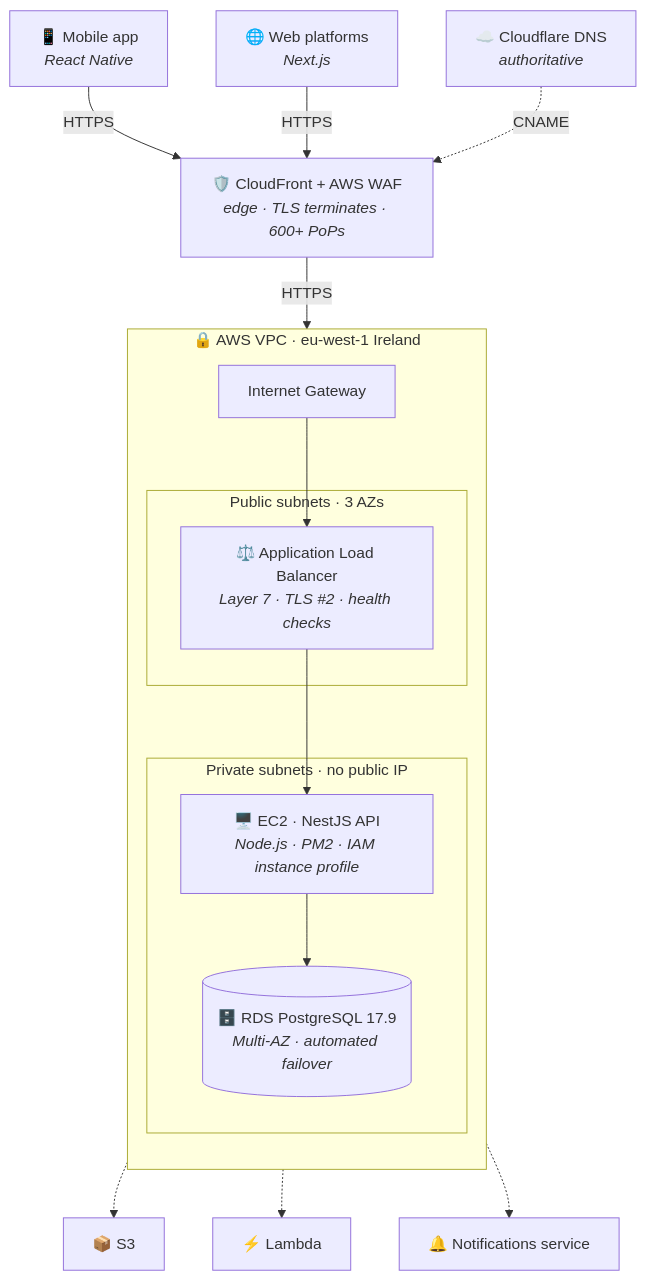
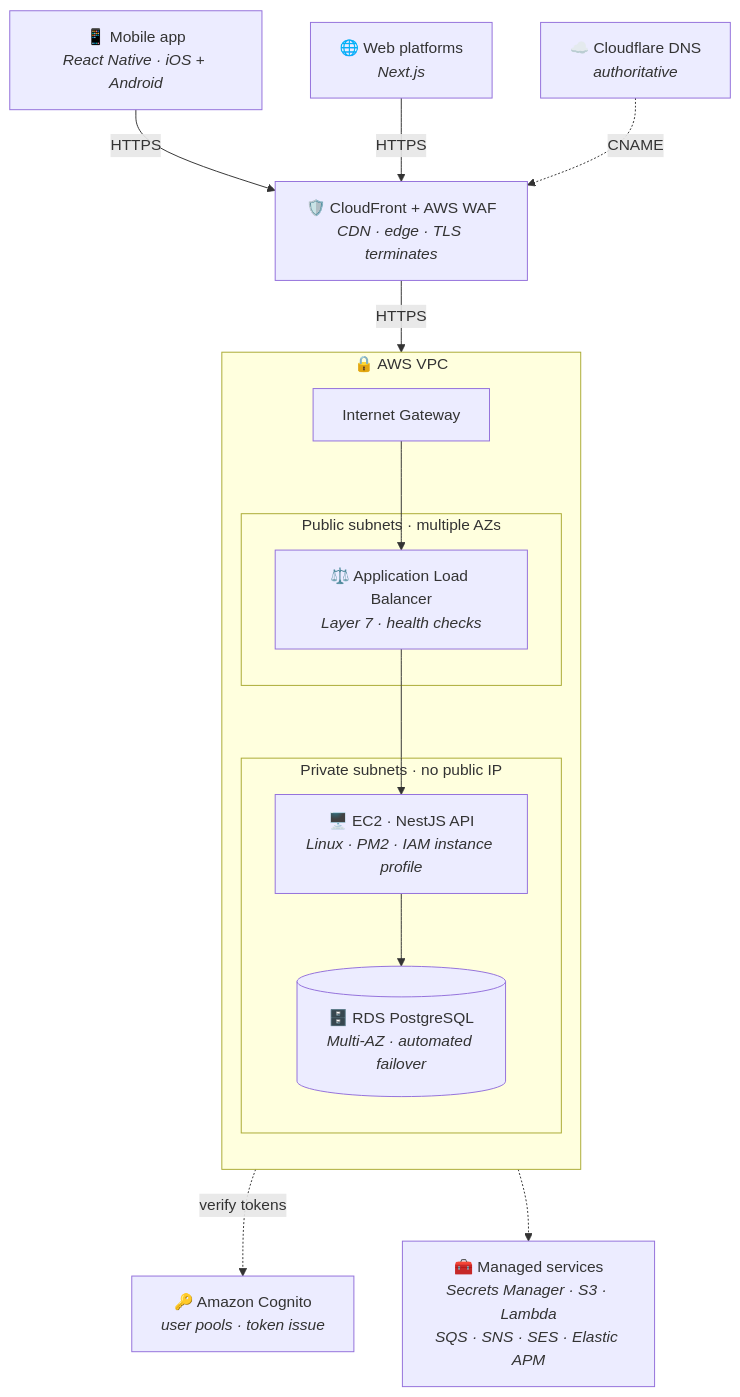
One commit to Alex90Jennings/Alex90Jennings changed the first of 2 diagrams in README.md. Above: the diagram before and after it, drawn with Mermaid. The commit also changed other lines of this file, not shown here.

Commit message:
Surface the cloud architecture and broaden its coverage
Brings the architecture diagram out of the collapsed toggle, adds Cognito
and the managed services, and drops the region label. Adds a table
covering availability, network design, identity, edge, observability and
delivery, so the cloud work is described in the vocabulary the roles use.

No regions, addresses or ports anywhere in the page.

Claude-Session: https://claude.ai/code/session_01UZ3qzoMkZ1bqtuCtr2Eu1C

````diff
--- a/README.md
+++ b/README.md
@@ -184,34 +181,32 @@
 ```mermaid
 flowchart TD
-    U["📱 Mobile app<br/><i>React Native</i>"]
+    U["📱 Mobile app<br/><i>React Native · iOS + Android</i>"]
     W["🌐 Web platforms<br/><i>Next.js</i>"]
     DNS["☁️ Cloudflare DNS<br/><i>authoritative</i>"]
-    CF["🛡️ CloudFront + AWS WAF<br/><i>edge · TLS terminates · 600+ PoPs</i>"]
+    CF["🛡️ CloudFront + AWS WAF<br/><i>CDN · edge · TLS terminates</i>"]
+    COG["🔑 Amazon Cognito<br/><i>user pools · token issue</i>"]
 
-    subgraph VPC ["🔒 AWS VPC · eu-west-1 Ireland"]
+    subgraph VPC ["🔒 AWS VPC"]
         direction TB
         IGW["Internet Gateway"]
-        subgraph PUB ["Public subnets · 3 AZs"]
-            ALB["⚖️ Application Load Balancer<br/><i>Layer 7 · TLS #2 · health checks</i>"]
+        subgraph PUB ["Public subnets · multiple AZs"]
+            ALB["⚖️ Application Load Balancer<br/><i>Layer 7 · health checks</i>"]
         end
         subgraph PRIV ["Private subnets · no public IP"]
-            EC2["🖥️ EC2 · NestJS API<br/><i>Node.js · PM2 · IAM instance profile</i>"]
-            RDS[("🗄️ RDS PostgreSQL 17.9<br/><i>Multi-AZ · automated failover</i>")]
+            EC2["🖥️ EC2 · NestJS API<br/><i>Linux · PM2 · IAM instance profile</i>"]
+            RDS[("🗄️ RDS PostgreSQL<br/><i>Multi-AZ · automated failover</i>")]
         end
     end
 
-    S3["📦 S3"]
-    LMB["⚡ Lambda"]
-    SNS["🔔 Notifications service"]
+    MAN["🧰 Managed services<br/><i>Secrets Manager · S3 · Lambda<br/>SQS · SNS · SES · Elastic APM</i>"]
 
     U -->|"HTTPS"| CF
     W -->|"HTTPS"| CF
     DNS -.->|"CNAME"| CF
     CF -->|"HTTPS"| IGW
     IGW --> ALB
     ALB --> EC2
     EC2 --> RDS
-    EC2 -.-> S3
-    EC2 -.-> LMB
-    EC2 -.-> SNS
+    EC2 -.->|"verify tokens"| COG
+    EC2 -.-> MAN
 ```
````
